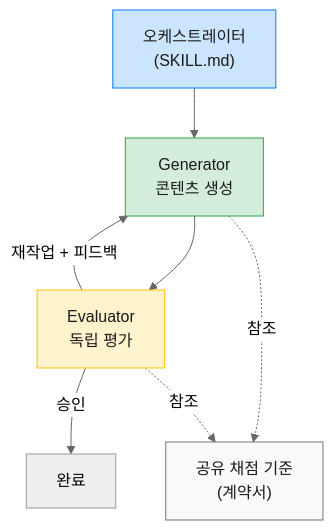
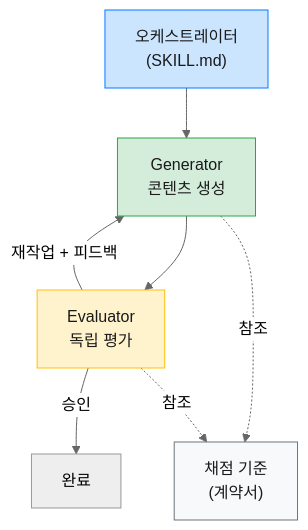
Before and after one commit to Epikoding/epikoding.github.io: the first of 6 diagrams in _posts/2026-03-27-claude-code-note-skill-harness-pattern-guide.md, drawn with Mermaid (neutral theme). The commit also changed other lines of this file, not shown here.

````diff
--- a/_posts/2026-03-27-claude-code-note-skill-harness-pattern-guide.md
+++ b/_posts/2026-03-27-claude-code-note-skill-harness-pattern-guide.md
@@ -53,19 +53,19 @@
 ```mermaid
 flowchart TB
     classDef orchestrator fill:#cce5ff,stroke:#007bff,color:#1a1a1a
     classDef generator fill:#d4edda,stroke:#28a745,color:#1a1a1a
     classDef evaluator fill:#fff3cd,stroke:#ffc107,color:#1a1a1a
     classDef reference fill:#f8f9fa,stroke:#6c757d,color:#1a1a1a
 
     ORCH["오케스트레이터<br/>(SKILL.md)"]:::orchestrator
     GEN["Generator<br/>콘텐츠 생성"]:::generator
     EVAL["Evaluator<br/>독립 평가"]:::evaluator
-    RUBRIC["공유 채점 기준<br/>(계약서)"]:::reference
+    RUBRIC["채점 기준<br/>(계약서)"]:::reference
 
     ORCH --> GEN
     GEN --> EVAL
     EVAL -->|승인| DONE["완료"]
     EVAL -->|재작업 + 피드백| GEN
     GEN -.->|참조| RUBRIC
     EVAL -.->|참조| RUBRIC
 ```
````
